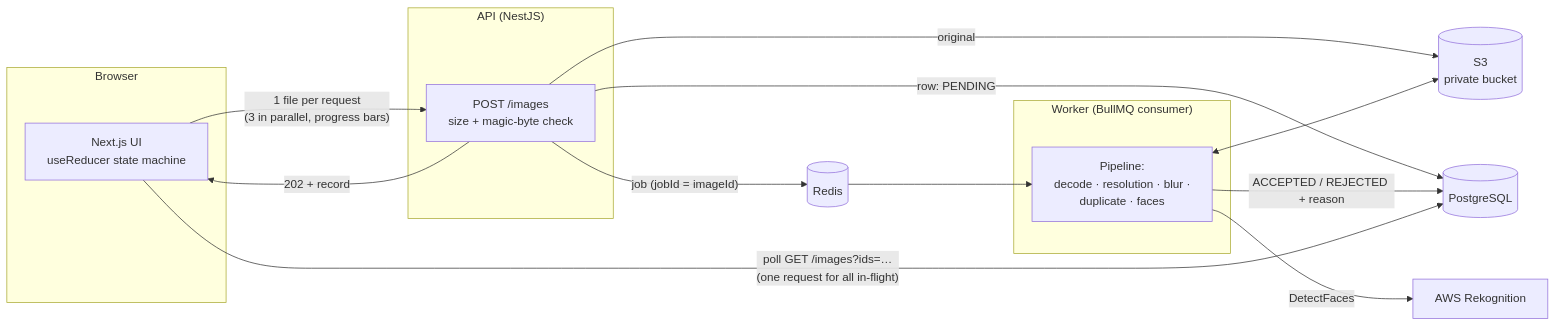
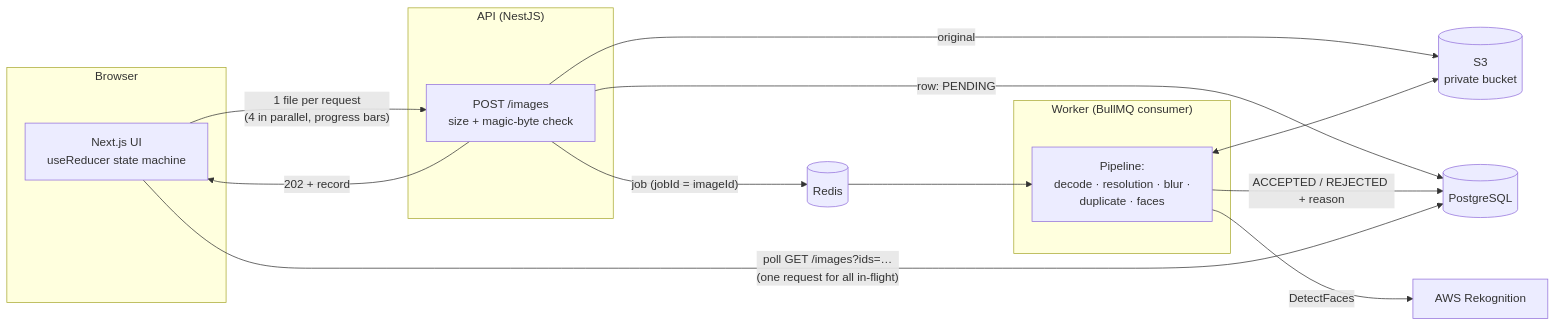
Before and after one commit to Tapaswini98/image-validation-pipeline: the diagram in README.md, drawn with Mermaid. The commit also changed other lines of this file, not shown here.

Commit message:
docs: README upload concurrency matches the client (4)

````diff
--- a/README.md
+++ b/README.md
@@ -102,22 +102,22 @@
 ```mermaid
 flowchart LR
   subgraph Browser
     UI[Next.js UI<br/>useReducer state machine]
   end
   subgraph API["API (NestJS)"]
     C[POST /images<br/>size + magic-byte check]
   end
   subgraph Worker["Worker (BullMQ consumer)"]
     P[Pipeline:<br/>decode · resolution · blur ·<br/>duplicate · faces]
   end
-  UI -- "1 file per request<br/>(3 in parallel, progress bars)" --> C
+  UI -- "1 file per request<br/>(4 in parallel, progress bars)" --> C
   C -- original --> S3[(S3<br/>private bucket)]
   C -- "row: PENDING" --> PG[(PostgreSQL)]
   C -- "job (jobId = imageId)" --> R[(Redis)]
   C -- "202 + record" --> UI
   R --> P
   P <--> S3
   P -- "ACCEPTED / REJECTED + reason" --> PG
   P -- DetectFaces --> RK[AWS Rekognition]
   UI -- "poll GET /images?ids=…<br/>(one request for all in-flight)" --> PG
 ```
````
